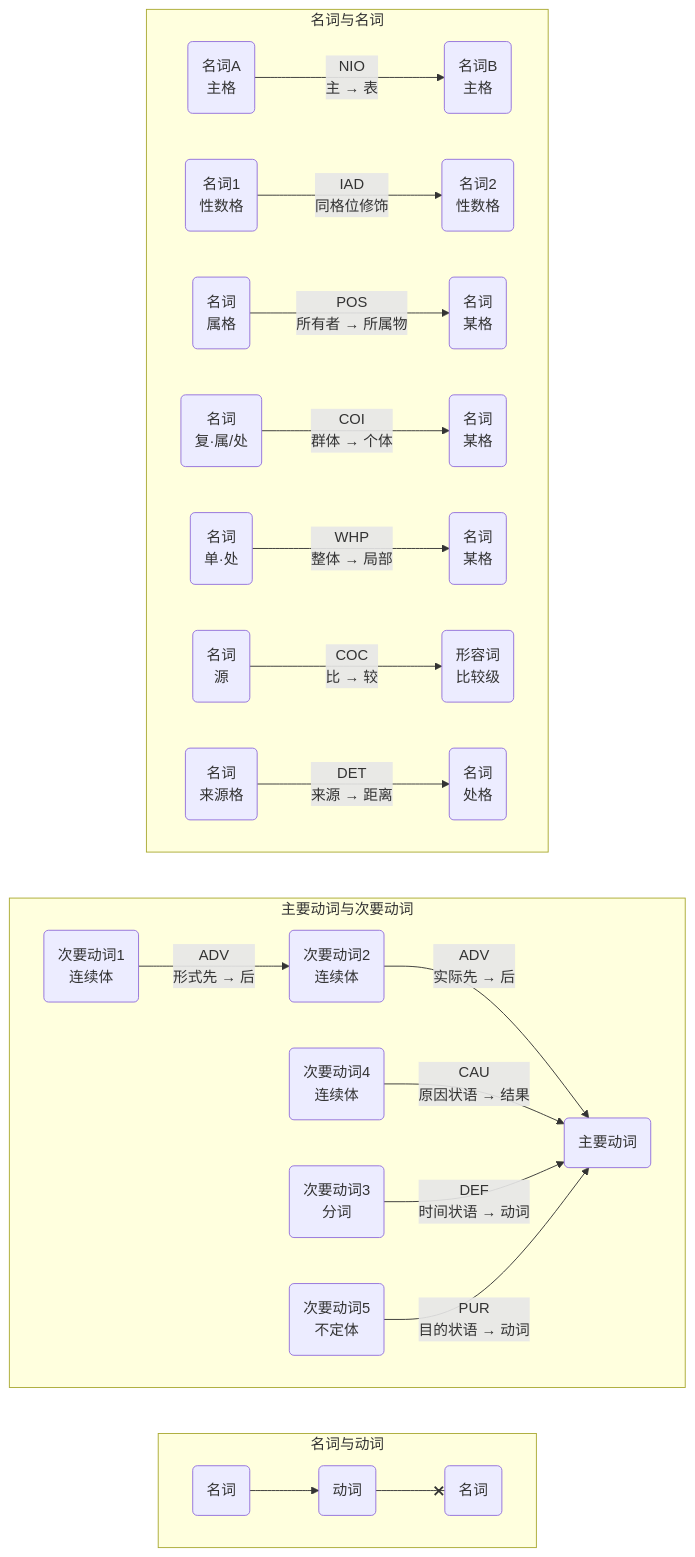
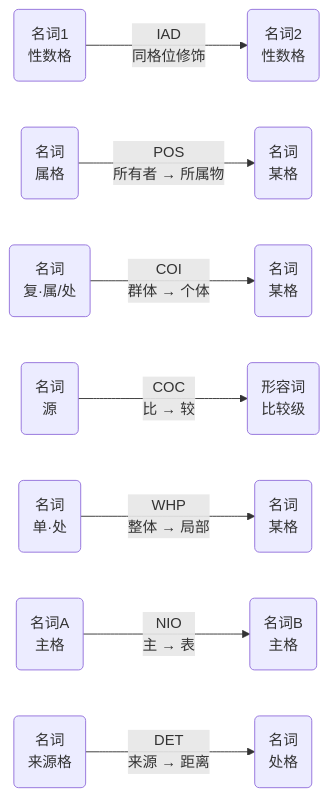
The fifth of 5 diagrams in src/basic-relation/README.md (iapt-platform/pali-handbook), drawn with Mermaid before and after one commit. The commit also changed 3 other files, not shown here.

```diff
--- a/src/basic-relation/README.md
+++ b/src/basic-relation/README.md
@@ -48,49 +76,24 @@
 <div class="mermaid">
 flowchart LR
-subgraph 名词与动词
-direction LR
-A1("名词")
-B1("动词")
-C1("名词")
-A1 --> B1 --x C1
-end
-subgraph 主要动词与次要动词
-direction LR
-A2("主要动词")
-B2("次要动词1<br>连续体")
-C2("次要动词2<br>连续体")
-D2("次要动词3<br>分词")
-E2("次要动词4<br>连续体")
-F2("次要动词5<br>不定体")
-click D2 "../verbal/bian-wei-dong-ci-shi-tai-yu-qi/index.html"
-B2-- "ADV<br>形式先 → 后" -->C2
-C2--"ADV<br>实际先 → 后"-->A2
-E2--"CAU<br>原因状语 → 结果"-->A2
-D2--"DEF<br>时间状语 → 动词"-->A2
-F2--"PUR<br>目的状语 → 动词"-->A2
-end
-subgraph 名词与名词
-direction LR
 A3("名词1<br>性数格")
 B3("名词2<br>性数格")
 C3("名词<br>属格")
 D3("名词<br>某格")
 E3("名词<br>复·属/处")
 F3("名词<br>某格")
 G3("名词<br>源")
 H3("形容词<br>比较级")
 I3("名词<br>单·处")
 J3("名词<br>某格")
 K3("名词A<br>主格")
 L3("名词B<br>主格")
 M3("名词<br>来源格")
 N3("名词<br>处格")
 K3--"NIO<br>主 → 表"-->L3
 A3--"IAD<br>同格位修饰"-->B3
 C3--"POS<br>所有者 → 所属物"-->D3
 E3--"COI<br>群体 → 个体"-->F3
 I3--"WHP<br>整体 → 局部"-->J3
 G3--"COC<br>比 → 较"-->H3
 M3--"DET<br>来源 → 距离"-->N3
-end
 </div>
```
